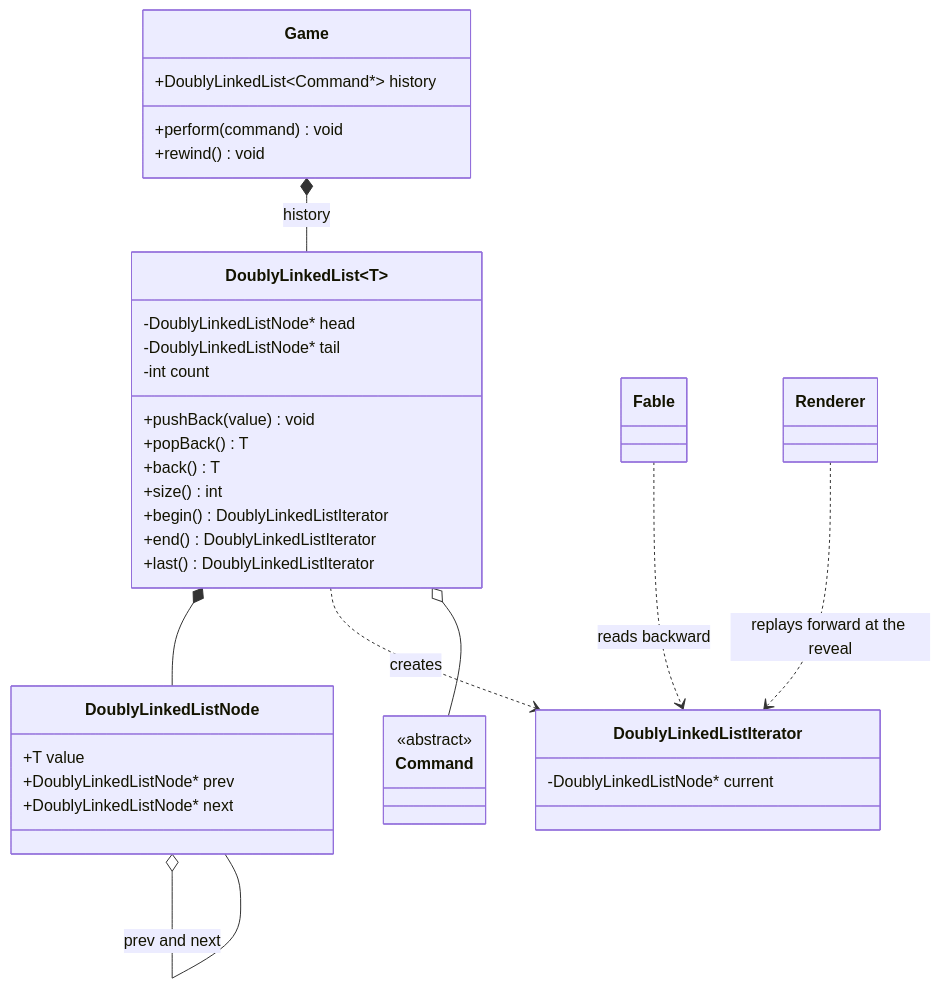
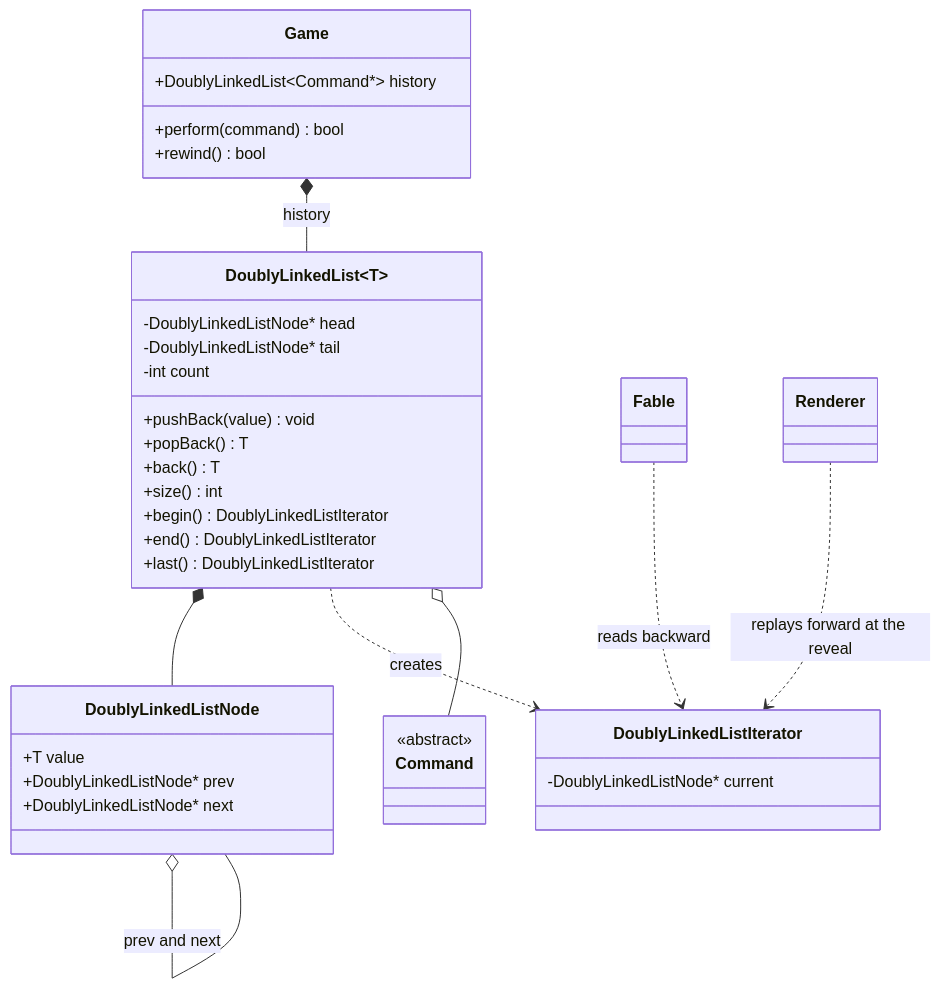
Before and after one commit to Lawrensu/Deviant: the sixth of 11 diagrams in docs/class_diagram.md, drawn with Mermaid. The commit also changed other lines of this file and 17 other files, not shown here.

````diff
--- a/docs/class_diagram.md
+++ b/docs/class_diagram.md
@@ -252,41 +253,41 @@
 ```mermaid
 classDiagram
     class DoublyLinkedList~T~ {
         -DoublyLinkedListNode* head
         -DoublyLinkedListNode* tail
         -int count
         +pushBack(value) void
         +popBack() T
         +back() T
         +size() int
         +begin() DoublyLinkedListIterator
         +end() DoublyLinkedListIterator
         +last() DoublyLinkedListIterator
     }
     class DoublyLinkedListNode {
         +T value
         +DoublyLinkedListNode* prev
         +DoublyLinkedListNode* next
     }
     class DoublyLinkedListIterator {
         -DoublyLinkedListNode* current
     }
     class Game {
         +DoublyLinkedList~Command*~ history
-        +perform(command) void
-        +rewind() void
+        +perform(command) bool
+        +rewind() bool
     }
     class Command {
         <<abstract>>
     }
     class Fable
     class Renderer
 
     DoublyLinkedList *-- DoublyLinkedListNode
     DoublyLinkedListNode o-- DoublyLinkedListNode : prev and next
     DoublyLinkedList ..> DoublyLinkedListIterator : creates
     Game *-- DoublyLinkedList : history
     DoublyLinkedList o-- Command
     Fable ..> DoublyLinkedListIterator : reads backward
     Renderer ..> DoublyLinkedListIterator : replays forward at the reveal
 ```
````
